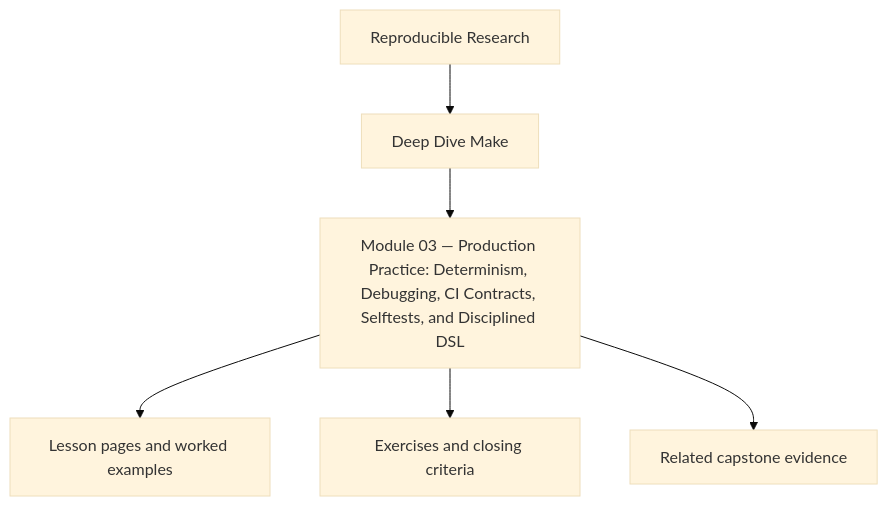
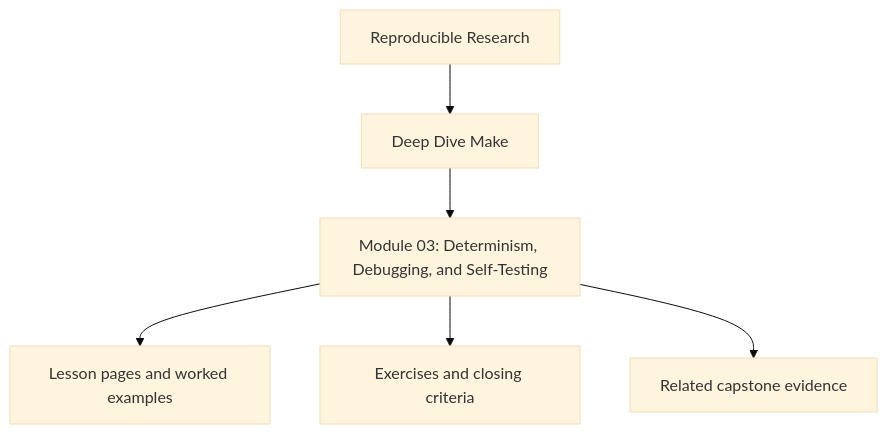
Before and after one commit to bijux/bijux-masterclass: the first of 2 diagrams in programs/reproducible-research/deep-dive-make/course-book/module-03-production-practice-determinism-debugging-ci-and-selftests/index.md, drawn with Mermaid (base theme). The commit also changed other lines of this file and 241 other files, not shown here.

````diff
--- a/programs/reproducible-research/deep-dive-make/course-book/module-03-production-practice-determinism-debugging-ci-and-selftests/index.md
+++ b/programs/reproducible-research/deep-dive-make/course-book/module-03-production-practice-determinism-debugging-ci-and-selftests/index.md
@@ -8,8 +8,8 @@
 ```mermaid
 flowchart TD
   family["Reproducible Research"] --> program["Deep Dive Make"]
-  program --> module["Module 03 — Production Practice: Determinism, Debugging, CI Contracts, Selftests, and Disciplined DSL"]
+  program --> module["Module 03: Determinism, Debugging, and Self-Testing"]
   module --> lessons["Lesson pages and worked examples"]
   module --> checkpoints["Exercises and closing criteria"]
   module --> capstone["Related capstone evidence"]
 ```
````
